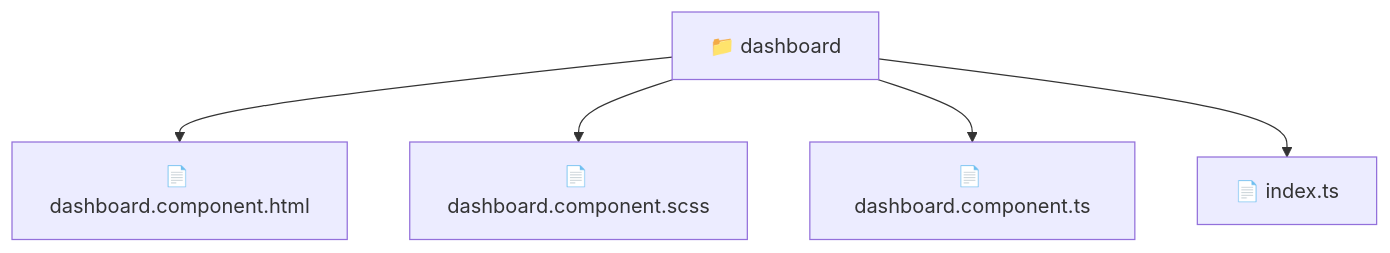
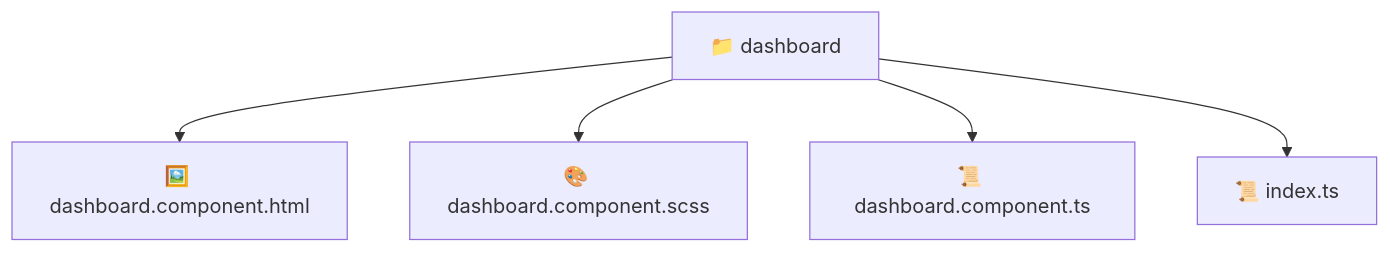
Before and after one commit to beginwebdev2002/fullstack-mavluda: the diagram in frontend/src/pages/dashboard/README.md, drawn with Mermaid. The commit also changed other lines of this file and 163 other files, not shown here.

````diff
--- a/frontend/src/pages/dashboard/README.md
+++ b/frontend/src/pages/dashboard/README.md
@@ -11,8 +11,8 @@
 ```mermaid
 graph TD
-  Root["📁 dashboard"]
-  Root --> dashboard_component_html["📄 dashboard.component.html"]
-  Root --> dashboard_component_scss["📄 dashboard.component.scss"]
-  Root --> dashboard_component_ts["📄 dashboard.component.ts"]
-  Root --> index_ts["📄 index.ts"]
+  dashboard["📁 dashboard"]
+  dashboard --> dashboard_component_html["🖼️ dashboard.component.html"]
+  dashboard --> dashboard_component_scss["🎨 dashboard.component.scss"]
+  dashboard --> dashboard_component_ts["📜 dashboard.component.ts"]
+  dashboard --> index_ts["📜 index.ts"]
 ```
````
